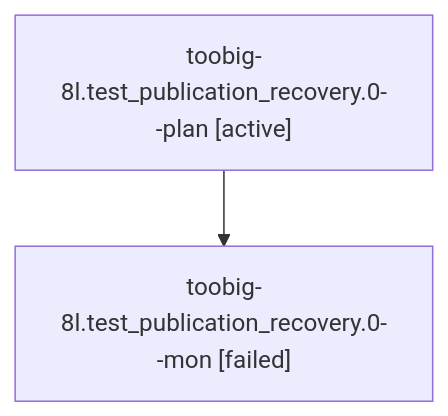
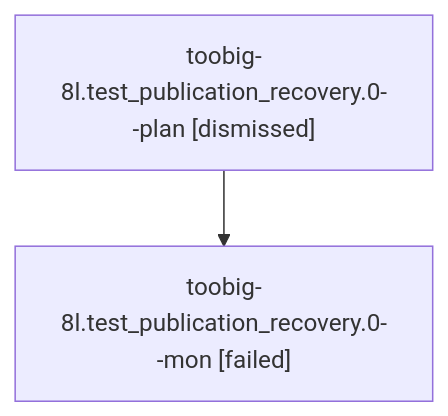
Before and after one commit to sase-org/sase--agents: the diagram in sessions/bbugyi200.athena.toobig-8l.test_publication_recovery.0.md, drawn with Mermaid. The commit also changed other lines of this file and 26 other files, not shown here.

````diff
--- a/sessions/bbugyi200.athena.toobig-8l.test_publication_recovery.0.md
+++ b/sessions/bbugyi200.athena.toobig-8l.test_publication_recovery.0.md
@@ -9,6 +9,6 @@
 ```mermaid
 flowchart TD
-  n0["toobig-8l.test_publication_recovery.0--plan [active]"]
+  n0["toobig-8l.test_publication_recovery.0--plan [dismissed]"]
   n1["toobig-8l.test_publication_recovery.0--mon [failed]"]
   n0 --> n1
 ```
````
